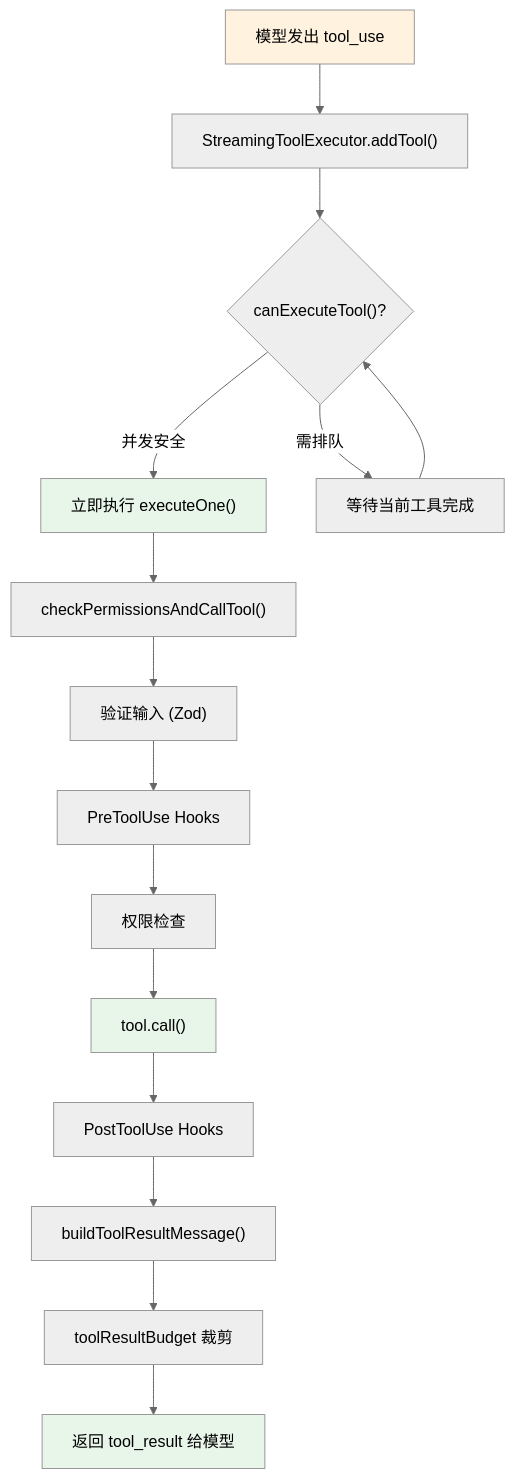
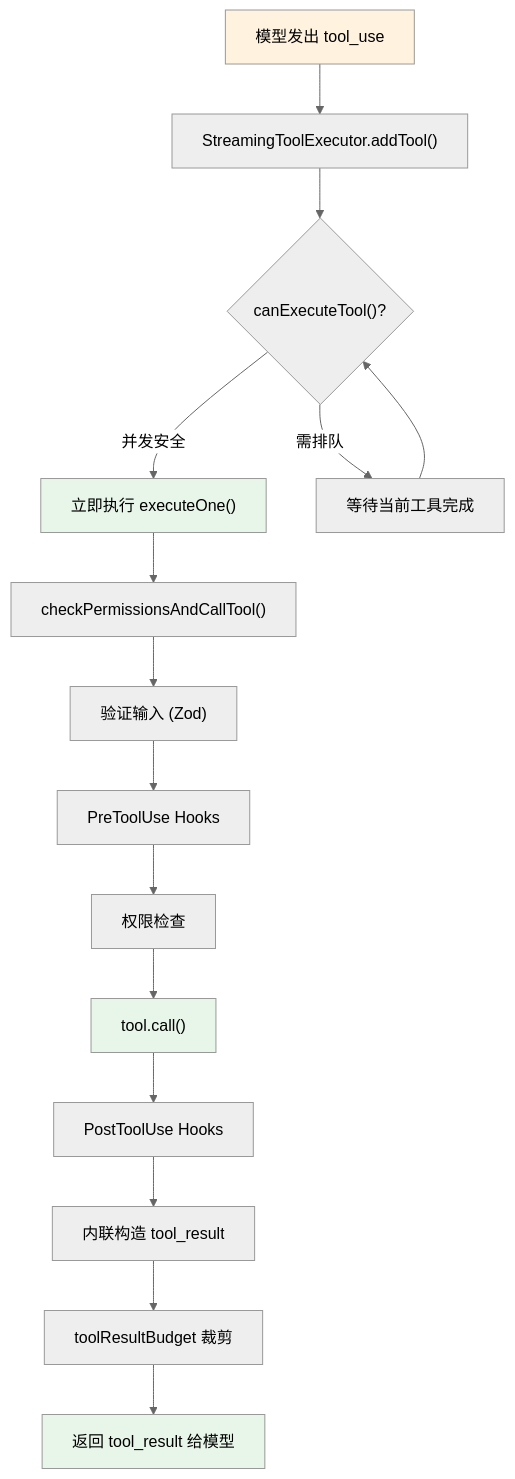
One commit to nadav-cheung/claudeai changed the second of 3 diagrams in teaching/book/卷二-引擎室的秘密/第21章-工具执行引擎.md. Above: the diagram before and after it, drawn with Mermaid (neutral theme). The commit also changed other lines of this file, not shown here.

First line of the commit message:
fix(book): ch21 删除虚构函数与超时机制 — buildToolResultMessage/withTimeout 全仓零命中

````diff
--- a/teaching/book/卷二-引擎室的秘密/第21章-工具执行引擎.md
+++ b/teaching/book/卷二-引擎室的秘密/第21章-工具执行引擎.md
@@ -46,22 +46,22 @@
 ```mermaid
 graph TD
     A["模型发出 tool_use"] --> B["StreamingToolExecutor.addTool()"]
     B --> C{"canExecuteTool()?"}
     C -->|"并发安全"| D["立即执行 executeOne()"]
     C -->|"需排队"| E["等待当前工具完成"]
     E --> C
     D --> F["checkPermissionsAndCallTool()"]
     F --> G["验证输入 (Zod)"]
     G --> H["PreToolUse Hooks"]
     H --> I["权限检查"]
     I --> J["tool.call()"]
     J --> K["PostToolUse Hooks"]
-    K --> L["buildToolResultMessage()"]
+    K --> L["内联构造 tool_result"]
     L --> M["toolResultBudget 裁剪"]
     M --> N["返回 tool_result 给模型"]
 
     style A fill:#fff3e0
     style D fill:#e8f5e9
     style J fill:#e8f5e9
     style N fill:#e8f5e9
 ```
````
